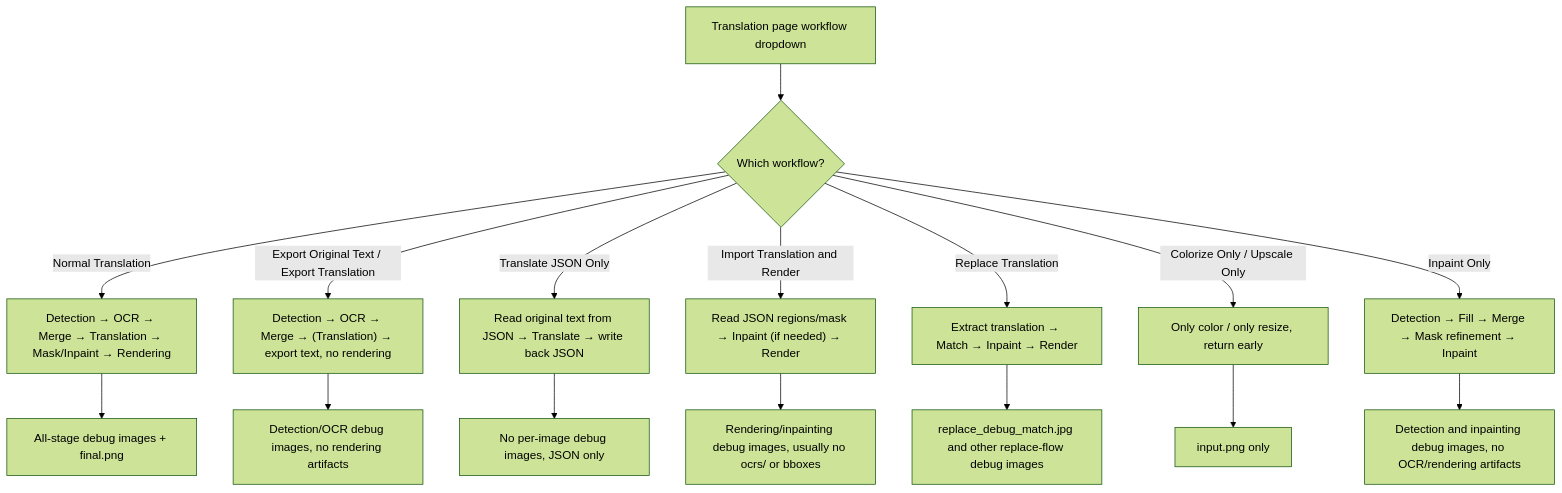
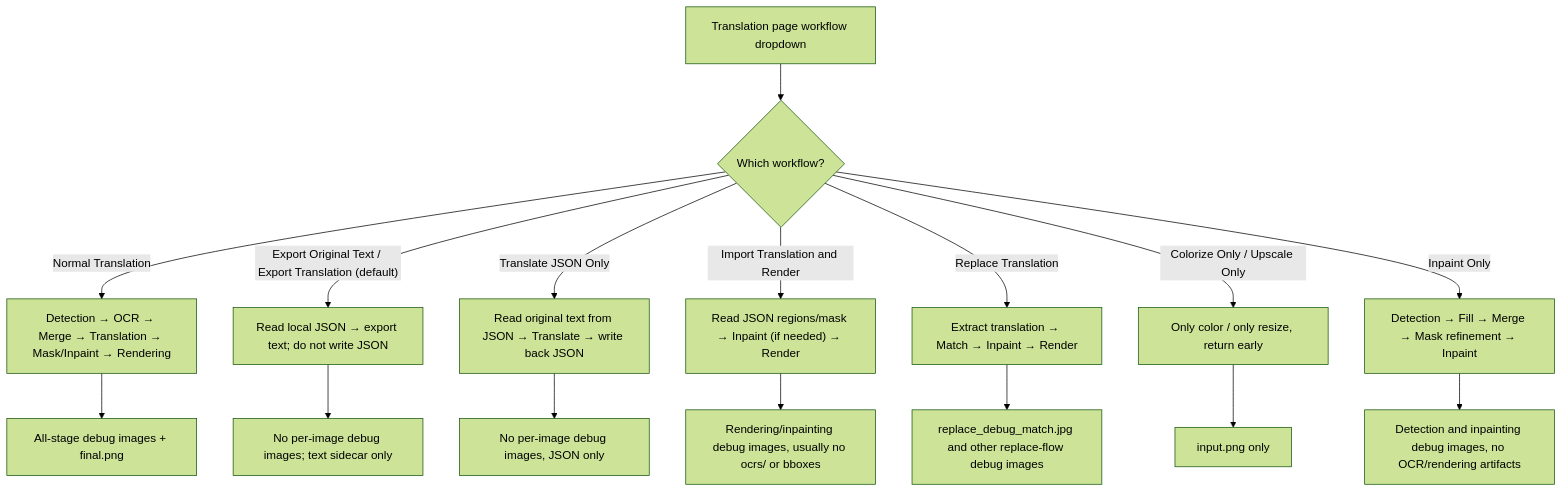
Before and after one commit to hgmzhn/manga-translator-ui: the first of 2 diagrams in doc/wiki/en/debugging/special-workflows-and-websocket.md, drawn with Mermaid (forest theme). The commit also changed other lines of this file and 28 other files, not shown here.

Commit message:
feat: export text from local project JSON

````diff
--- a/doc/wiki/en/debugging/special-workflows-and-websocket.md
+++ b/doc/wiki/en/debugging/special-workflows-and-websocket.md
@@ -47,18 +47,18 @@
 ```mermaid
 flowchart TD
     A["Translation page workflow dropdown"] --> B{"Which workflow?"}
     B -->|"Normal Translation"| C["Detection → OCR → Merge → Translation → Mask/Inpaint → Rendering"]
-    B -->|"Export Original Text / Export Translation"| D["Detection → OCR → Merge → (Translation) → export text, no rendering"]
+    B -->|"Export Original Text / Export Translation (default)"| D["Read local JSON → export text; do not write JSON"]
     B -->|"Translate JSON Only"| E["Read original text from JSON → Translate → write back JSON"]
     B -->|"Import Translation and Render"| F["Read JSON regions/mask → Inpaint (if needed) → Render"]
     B -->|"Replace Translation"| G["Extract translation → Match → Inpaint → Render"]
     B -->|"Colorize Only / Upscale Only"| H["Only color / only resize, return early"]
     B -->|"Inpaint Only"| I["Detection → Fill → Merge → Mask refinement → Inpaint"]
     C --> J["All-stage debug images + final.png"]
-    D --> K["Detection/OCR debug images, no rendering artifacts"]
+    D --> K["No per-image debug images; text sidecar only"]
     E --> L["No per-image debug images, JSON only"]
     F --> M["Rendering/inpainting debug images, usually no ocrs/ or bboxes"]
     G --> N["replace_debug_match.jpg and other replace-flow debug images"]
     H --> O["input.png only"]
     I --> P["Detection and inpainting debug images, no OCR/rendering artifacts"]
 ```
````
